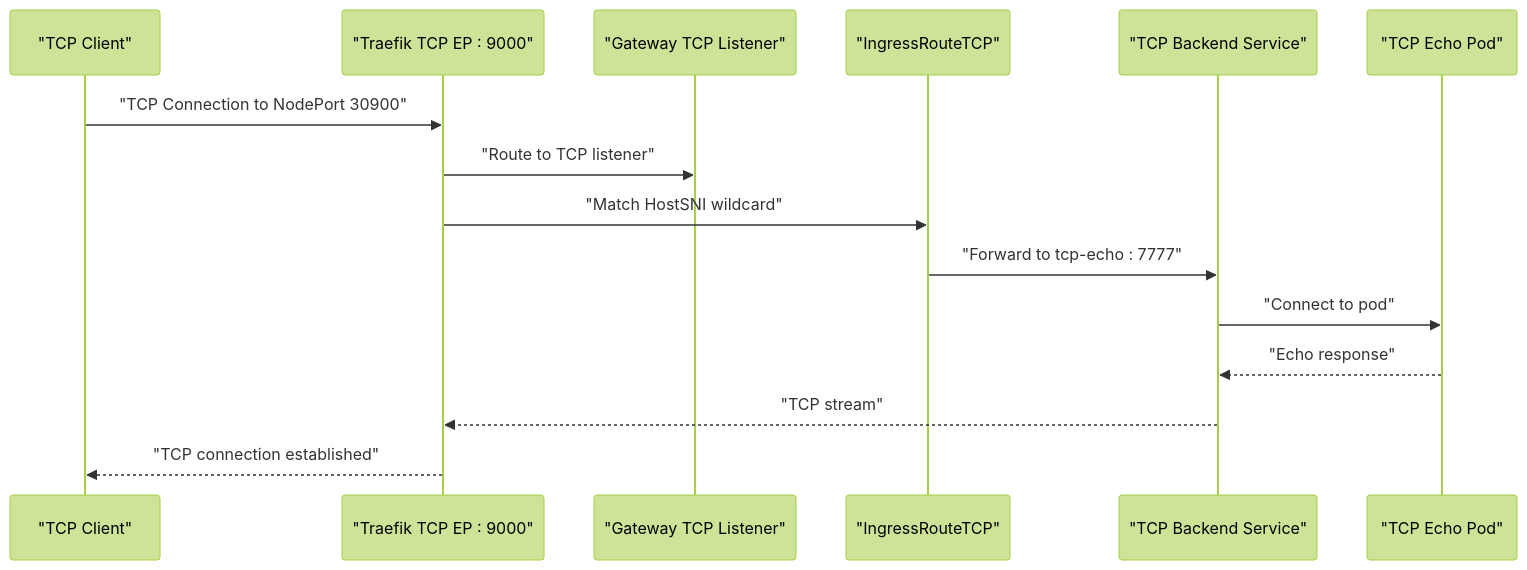
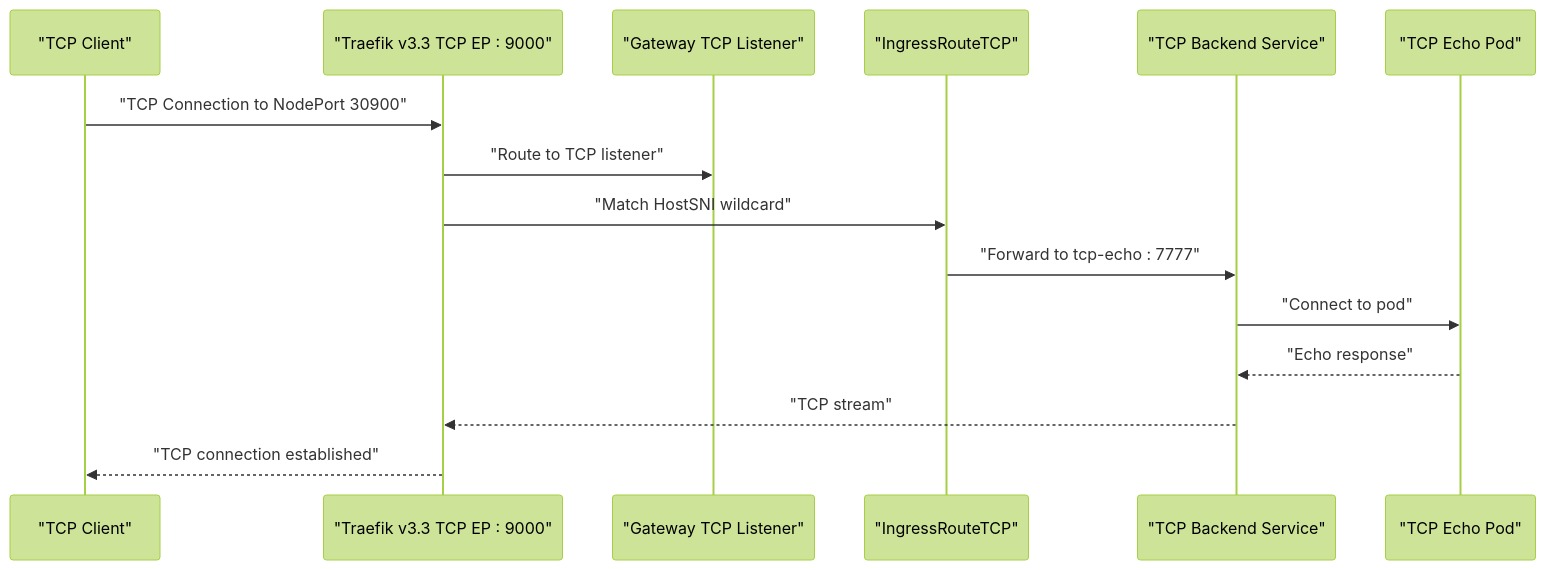
The fourth of 8 diagrams in .qoder/repowiki/en/content/Infrastructure Applications/Gateway API Controller.md (Hoangvu75/k8s_manifest), drawn with Mermaid (forest theme) before and after one commit. The commit also changed other lines of this file and 4 other files, not shown here.

````diff
--- a/.qoder/repowiki/en/content/Infrastructure Applications/Gateway API Controller.md
+++ b/.qoder/repowiki/en/content/Infrastructure Applications/Gateway API Controller.md
@@ -223,17 +222,17 @@
 ```mermaid
 sequenceDiagram
 participant Client as "TCP Client"
-participant Traefik as "Traefik TCP EP : 9000"
+participant Traefik as "Traefik v3.3 TCP EP : 9000"
 participant Gateway as "Gateway TCP Listener"
 participant Route as "IngressRouteTCP"
 participant Service as "TCP Backend Service"
 participant Pod as "TCP Echo Pod"
 Client->>Traefik : "TCP Connection to NodePort 30900"
 Traefik->>Gateway : "Route to TCP listener"
 Traefik->>Route : "Match HostSNI wildcard"
 Route->>Service : "Forward to tcp-echo : 7777"
 Service->>Pod : "Connect to pod"
 Pod-->>Service : "Echo response"
 Service-->>Traefik : "TCP stream"
 Traefik-->>Client : "TCP connection established"
 ```
````
